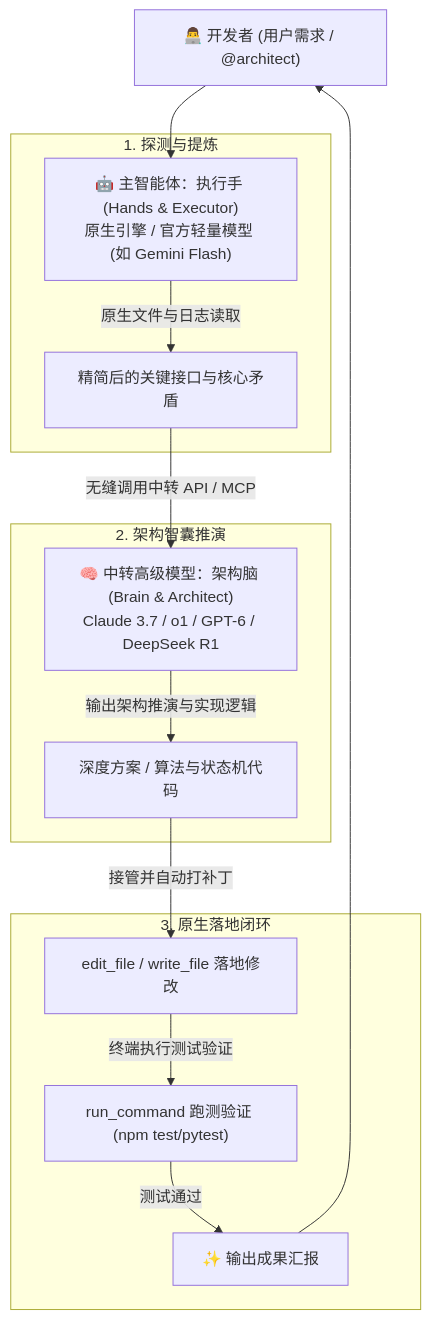
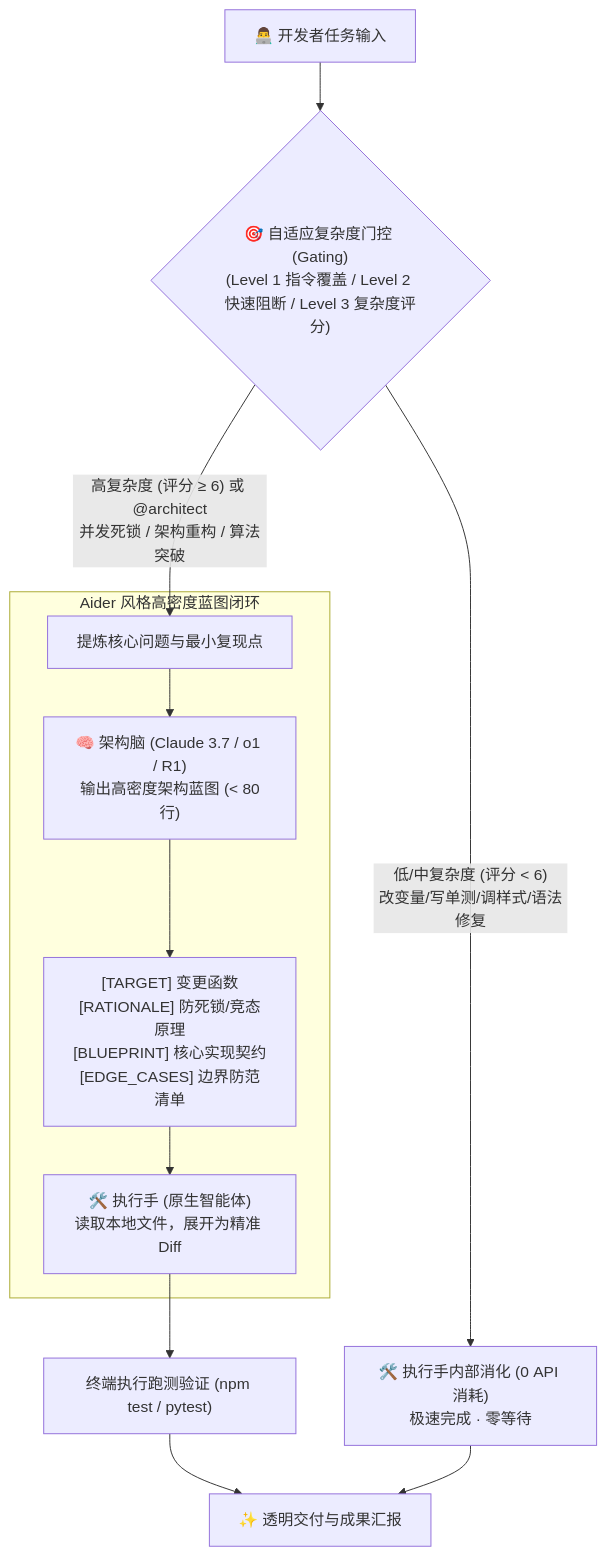
The diagram in README.md (garydak/twin-engine-orchestration), drawn with Mermaid before and after one commit. The commit also changed other lines of this file and 5 other files, not shown here.

Commit message:
feat(v2.0): integrate Aider-like blueprint protocol & RouteLLM-style adaptive gating

````diff
--- a/README.md
+++ b/README.md
@@ -32,21 +33,18 @@
 ```mermaid
 flowchart TD
-    User["👨‍💻 开发者 (用户需求 / @architect)"] --> Hands["🤖 主智能体：执行手 (Hands & Executor)<br>原生引擎 / 官方轻量模型 (如 Gemini Flash)"]
+    User["👨‍💻 开发者任务输入"] --> Gating{"🎯 自适应复杂度门控 (Gating)<br>(Level 1 指令覆盖 / Level 2 快速阻断 / Level 3 复杂度评分)"}
     
-    subgraph S1["1. 探测与提炼"]
-        Hands -->|原生文件与日志读取| Context["精简后的关键接口与核心矛盾"]
+    Gating -->|"低/中复杂度 (评分 < 6)<br>改变量/写单测/调样式/语法修复"| HandsSelf["🛠️ 执行手内部消化 (0 API 消耗)<br>极速完成 · 零等待"]
+    
+    Gating -->|"高复杂度 (评分 ≥ 6) 或 @architect<br>并发死锁 / 架构重构 / 算法突破"| ExtractContext["提炼核心问题与最小复现点"]
+    
+    subgraph BlueprintWorkflow["Aider 风格高密度蓝图闭环"]
+        ExtractContext --> Brain["🧠 架构脑 (Claude 3.7 / o1 / R1)<br>输出高密度架构蓝图 (&lt; 80行)"]
+        Brain --> Blueprint["[TARGET] 变更函数<br>[RATIONALE] 防死锁/竞态原理<br>[BLUEPRINT] 核心实现契约<br>[EDGE_CASES] 边界防范清单"]
+        Blueprint --> HandsApply["🛠️ 执行手 (原生智能体)<br>读取本地文件，展开为精准 Diff"]
     end
     
-    subgraph S2["2. 架构智囊推演"]
-        Context -->|无缝调用中转 API / MCP| Brain["🧠 中转高级模型：架构脑 (Brain & Architect)<br>Claude 3.7 / o1 / GPT-6 / DeepSeek R1"]
-        Brain -->|输出架构推演与实现逻辑| Strategy["深度方案 / 算法与状态机代码"]
-    end
-    
-    subgraph S3["3. 原生落地闭环"]
-        Strategy -->|接管并自动打补丁| Apply["edit_file / write_file 落地修改"]
-        Apply -->|终端执行测试验证| Test["run_command 跑测验证 (npm test/pytest)"]
-        Test -->|测试通过| Done["✨ 输出成果汇报"]
-    end
-    
-    Done --> User
+    HandsApply --> Test["终端执行跑测验证 (npm test / pytest)"]
+    Test --> Result["✨ 透明交付与成果汇报"]
+    HandsSelf --> Result
 ```
````
